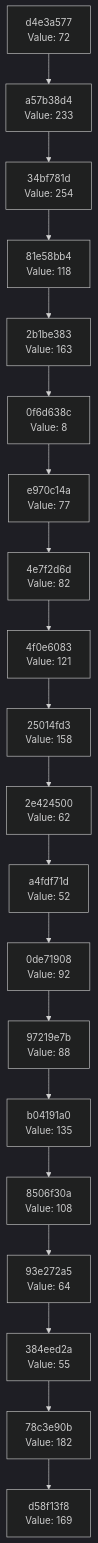
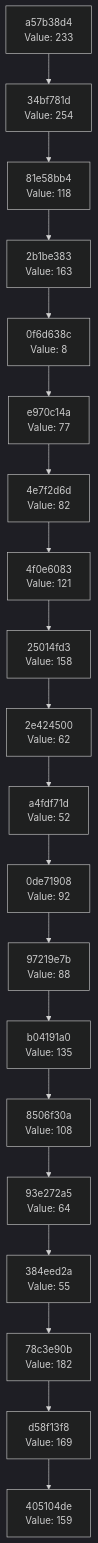
The diagram in docs/CHAIN_VISUALIZATION.md (Abhisheksinha1506/hash-chain-evolver), drawn with Mermaid (dark theme) before and after one commit. The commit also changed 1 other file, not shown here.

Commit message:
Evolution Step

````diff
--- a/docs/CHAIN_VISUALIZATION.md
+++ b/docs/CHAIN_VISUALIZATION.md
@@ -3,42 +3,42 @@
 ```mermaid
 graph TD
-    C0["d58f13f8<br/>Value: 169"]
-    C1["78c3e90b<br/>Value: 182"]
+    C0["405104de<br/>Value: 159"]
+    C1["d58f13f8<br/>Value: 169"]
     C1 --> C0
-    C2["384eed2a<br/>Value: 55"]
+    C2["78c3e90b<br/>Value: 182"]
     C2 --> C1
-    C3["93e272a5<br/>Value: 64"]
+    C3["384eed2a<br/>Value: 55"]
     C3 --> C2
-    C4["8506f30a<br/>Value: 108"]
+    C4["93e272a5<br/>Value: 64"]
     C4 --> C3
-    C5["b04191a0<br/>Value: 135"]
+    C5["8506f30a<br/>Value: 108"]
     C5 --> C4
-    C6["97219e7b<br/>Value: 88"]
+    C6["b04191a0<br/>Value: 135"]
     C6 --> C5
-    C7["0de71908<br/>Value: 92"]
+    C7["97219e7b<br/>Value: 88"]
     C7 --> C6
-    C8["a4fdf71d<br/>Value: 52"]
+    C8["0de71908<br/>Value: 92"]
     C8 --> C7
-    C9["2e424500<br/>Value: 62"]
+    C9["a4fdf71d<br/>Value: 52"]
     C9 --> C8
-    C10["25014fd3<br/>Value: 158"]
+    C10["2e424500<br/>Value: 62"]
     C10 --> C9
-    C11["4f0e6083<br/>Value: 121"]
+    C11["25014fd3<br/>Value: 158"]
     C11 --> C10
-    C12["4e7f2d6d<br/>Value: 82"]
+    C12["4f0e6083<br/>Value: 121"]
     C12 --> C11
-    C13["e970c14a<br/>Value: 77"]
+    C13["4e7f2d6d<br/>Value: 82"]
     C13 --> C12
-    C14["0f6d638c<br/>Value: 8"]
+    C14["e970c14a<br/>Value: 77"]
     C14 --> C13
-    C15["2b1be383<br/>Value: 163"]
+    C15["0f6d638c<br/>Value: 8"]
     C15 --> C14
-    C16["81e58bb4<br/>Value: 118"]
+    C16["2b1be383<br/>Value: 163"]
     C16 --> C15
-    C17["34bf781d<br/>Value: 254"]
+    C17["81e58bb4<br/>Value: 118"]
     C17 --> C16
-    C18["a57b38d4<br/>Value: 233"]
+    C18["34bf781d<br/>Value: 254"]
     C18 --> C17
-    C19["d4e3a577<br/>Value: 72"]
+    C19["a57b38d4<br/>Value: 233"]
     C19 --> C18
 ```
````
